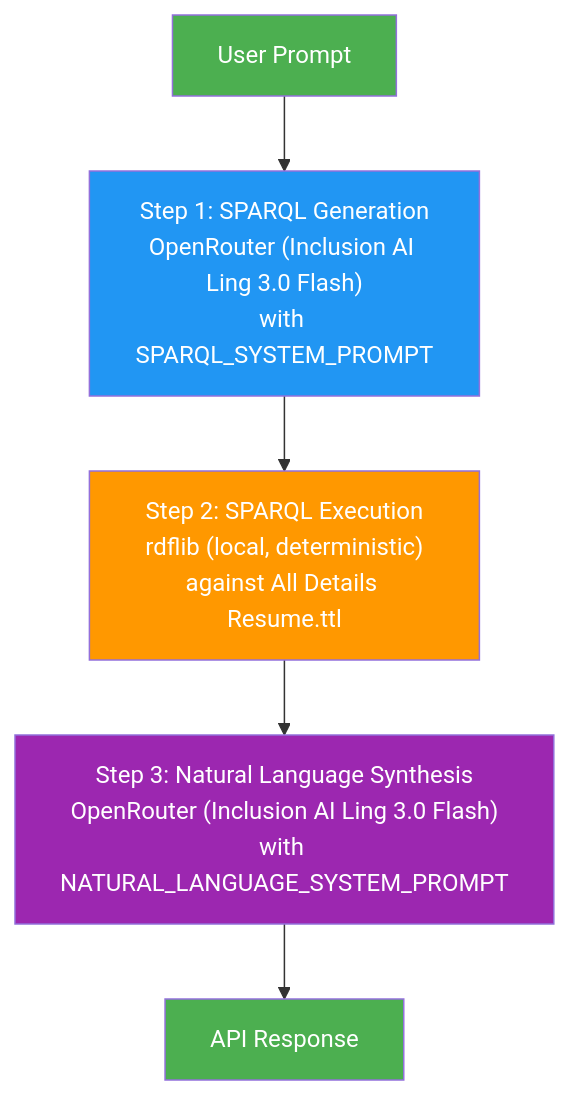
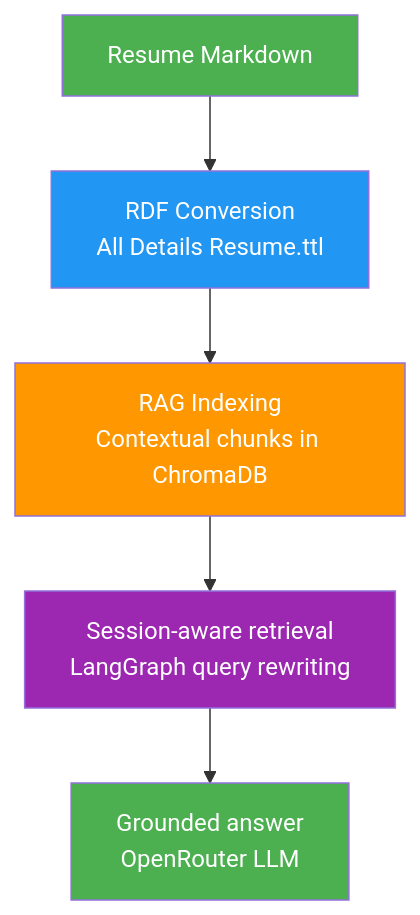
One commit to dooa-ansari/personal-knowledge-graph-LLM changed the first of 2 diagrams in README.md. Above: the diagram before and after it, drawn with Mermaid. The commit also changed other lines of this file and 5 other files, not shown here.

````diff
--- a/README.md
+++ b/README.md
@@ -238,13 +172,13 @@
 ```mermaid
 flowchart TD
-    A[User Prompt] --> B["Step 1: SPARQL Generation<br/>OpenRouter (Inclusion AI Ling 3.0 Flash)<br/>with SPARQL_SYSTEM_PROMPT"]
-    B --> C["Step 2: SPARQL Execution<br/>rdflib (local, deterministic)<br/>against All Details Resume.ttl"]
-    C --> D["Step 3: Natural Language Synthesis<br/>OpenRouter (Inclusion AI Ling 3.0 Flash)<br/>with NATURAL_LANGUAGE_SYSTEM_PROMPT"]
-    D --> E[API Response]
+    A[Resume Markdown] --> B["RDF Conversion<br/>All Details Resume.ttl"]
+    B --> C["RAG Indexing<br/>Contextual chunks in ChromaDB"]
+    C --> D["Session-aware retrieval<br/>LangGraph query rewriting"]
+    D --> E["Grounded answer<br/>OpenRouter LLM"]
 
     style A fill:#4CAF50,color:#fff
     style B fill:#2196F3,color:#fff
     style C fill:#FF9800,color:#fff
     style D fill:#9C27B0,color:#fff
     style E fill:#4CAF50,color:#fff
 ```
````
